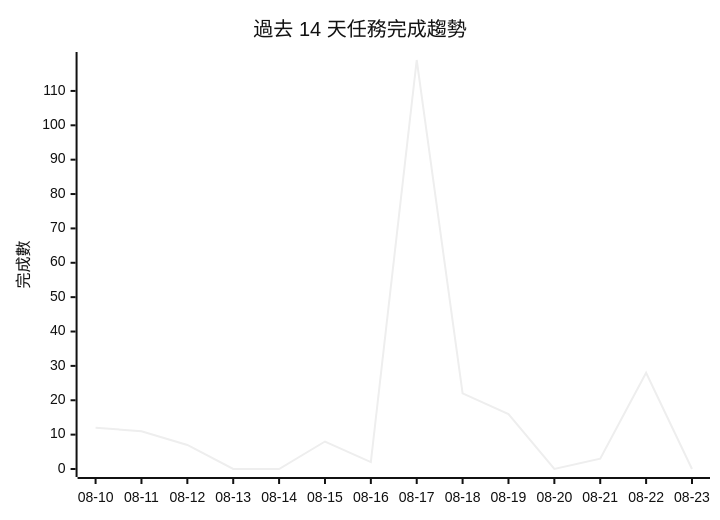
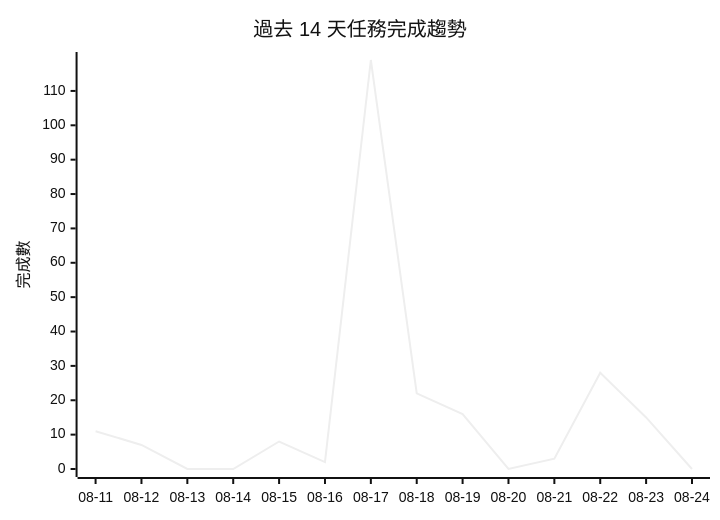
Before and after one commit to gentoobreaking/ai-tasks: the diagram in PROJECTS.md, drawn with Mermaid (neutral theme). The commit also changed other lines of this file and 78 other files, not shown here.

````diff
--- a/PROJECTS.md
+++ b/PROJECTS.md
@@ -112,7 +112,7 @@
 ```mermaid
 xychart-beta
     title "過去 14 天任務完成趨勢"
-    x-axis ["08-10", "08-11", "08-12", "08-13", "08-14", "08-15", "08-16", "08-17", "08-18", "08-19", "08-20", "08-21", "08-22", "08-23"]
+    x-axis ["08-11", "08-12", "08-13", "08-14", "08-15", "08-16", "08-17", "08-18", "08-19", "08-20", "08-21", "08-22", "08-23", "08-24"]
     y-axis "完成數" 0 --> 119
-    line [12, 11, 7, 0, 0, 8, 2, 119, 22, 16, 0, 3, 28, 0]
+    line [11, 7, 0, 0, 8, 2, 119, 22, 16, 0, 3, 28, 15, 0]
 ```
````
